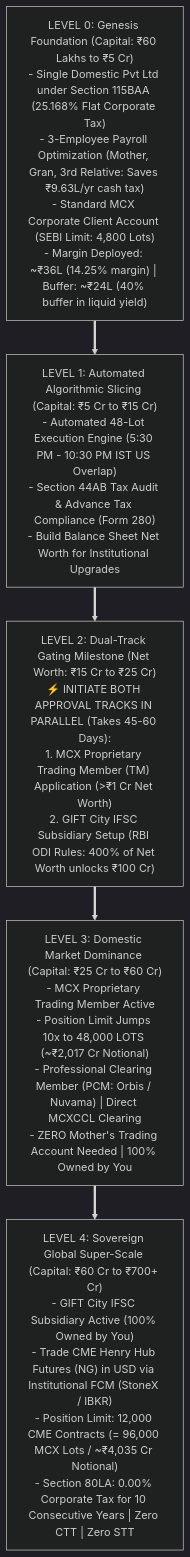
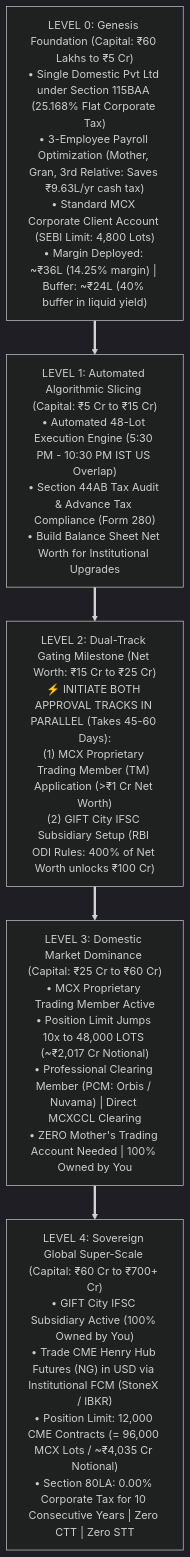
Before and after one commit to yieldchaser/mcx-margins: the first of 11 diagrams in models/execution_and_tax_validation_plan.md, drawn with Mermaid (dark theme). The commit also changed other lines of this file and 2 other files, not shown here.

Commit message:
fix(docs): resolve Mermaid multiline rendering bugs and add 50% return profile across models

````diff
--- a/models/execution_and_tax_validation_plan.md
+++ b/models/execution_and_tax_validation_plan.md
@@ -25,32 +25,14 @@
 ```mermaid
 flowchart TD
-    L0["LEVEL 0: Genesis Foundation (Capital: ₹60 Lakhs to ₹5 Cr)
-- Single Domestic Pvt Ltd under Section 115BAA (25.168% Flat Corporate Tax)
-- 3-Employee Payroll Optimization (Mother, Gran, 3rd Relative: Saves ₹9.63L/yr cash tax)
-- Standard MCX Corporate Client Account (SEBI Limit: 4,800 Lots)
-- Margin Deployed: ~₹36L (14.25% margin) | Buffer: ~₹24L (40% buffer in liquid yield)"]
+    L0["LEVEL 0: Genesis Foundation (Capital: ₹60 Lakhs to ₹5 Cr)<br/>• Single Domestic Pvt Ltd under Section 115BAA (25.168% Flat Corporate Tax)<br/>• 3-Employee Payroll Optimization (Mother, Gran, 3rd Relative: Saves ₹9.63L/yr cash tax)<br/>• Standard MCX Corporate Client Account (SEBI Limit: 4,800 Lots)<br/>• Margin Deployed: ~₹36L (14.25% margin) | Buffer: ~₹24L (40% buffer in liquid yield)"]
     
-    L1["LEVEL 1: Automated Algorithmic Slicing (Capital: ₹5 Cr to ₹15 Cr)
-- Automated 48-Lot Execution Engine (5:30 PM - 10:30 PM IST US Overlap)
-- Section 44AB Tax Audit & Advance Tax Compliance (Form 280)
-- Build Balance Sheet Net Worth for Institutional Upgrades"]
+    L1["LEVEL 1: Automated Algorithmic Slicing (Capital: ₹5 Cr to ₹15 Cr)<br/>• Automated 48-Lot Execution Engine (5:30 PM - 10:30 PM IST US Overlap)<br/>• Section 44AB Tax Audit & Advance Tax Compliance (Form 280)<br/>• Build Balance Sheet Net Worth for Institutional Upgrades"]
     
-    L2["LEVEL 2: Dual-Track Gating Milestone (Net Worth: ₹15 Cr to ₹25 Cr)
-⚡ INITIATE BOTH APPROVAL TRACKS IN PARALLEL (Takes 45-60 Days):
-1. MCX Proprietary Trading Member (TM) Application (>₹1 Cr Net Worth)
-2. GIFT City IFSC Subsidiary Setup (RBI ODI Rules: 400% of Net Worth unlocks ₹100 Cr)"]
+    L2["LEVEL 2: Dual-Track Gating Milestone (Net Worth: ₹15 Cr to ₹25 Cr)<br/>⚡ INITIATE BOTH APPROVAL TRACKS IN PARALLEL (Takes 45-60 Days):<br/>(1) MCX Proprietary Trading Member (TM) Application (>₹1 Cr Net Worth)<br/>(2) GIFT City IFSC Subsidiary Setup (RBI ODI Rules: 400% of Net Worth unlocks ₹100 Cr)"]
     
-    L3["LEVEL 3: Domestic Market Dominance (Capital: ₹25 Cr to ₹60 Cr)
-- MCX Proprietary Trading Member Active
-- Position Limit Jumps 10x to 48,000 LOTS (~₹2,017 Cr Notional)
-- Professional Clearing Member (PCM: Orbis / Nuvama) | Direct MCXCCL Clearing
-- ZERO Mother's Trading Account Needed | 100% Owned by You"]
+    L3["LEVEL 3: Domestic Market Dominance (Capital: ₹25 Cr to ₹60 Cr)<br/>• MCX Proprietary Trading Member Active<br/>• Position Limit Jumps 10x to 48,000 LOTS (~₹2,017 Cr Notional)<br/>• Professional Clearing Member (PCM: Orbis / Nuvama) | Direct MCXCCL Clearing<br/>• ZERO Mother's Trading Account Needed | 100% Owned by You"]
     
-    L4["LEVEL 4: Sovereign Global Super-Scale (Capital: ₹60 Cr to ₹700+ Cr)
-- GIFT City IFSC Subsidiary Active (100% Owned by You)
-- Trade CME Henry Hub Futures (NG) in USD via Institutional FCM (StoneX / IBKR)
-- Position Limit: 12,000 CME Contracts (= 96,000 MCX Lots / ~₹4,035 Cr Notional)
-- Section 80LA: 0.00% Corporate Tax for 10 Consecutive Years | Zero CTT | Zero STT"]
+    L4["LEVEL 4: Sovereign Global Super-Scale (Capital: ₹60 Cr to ₹700+ Cr)<br/>• GIFT City IFSC Subsidiary Active (100% Owned by You)<br/>• Trade CME Henry Hub Futures (NG) in USD via Institutional FCM (StoneX / IBKR)<br/>• Position Limit: 12,000 CME Contracts (= 96,000 MCX Lots / ~₹4,035 Cr Notional)<br/>• Section 80LA: 0.00% Corporate Tax for 10 Consecutive Years | Zero CTT | Zero STT"]
 
     L0 ==> L1 ==> L2 ==> L3 ==> L4
 ```
````
